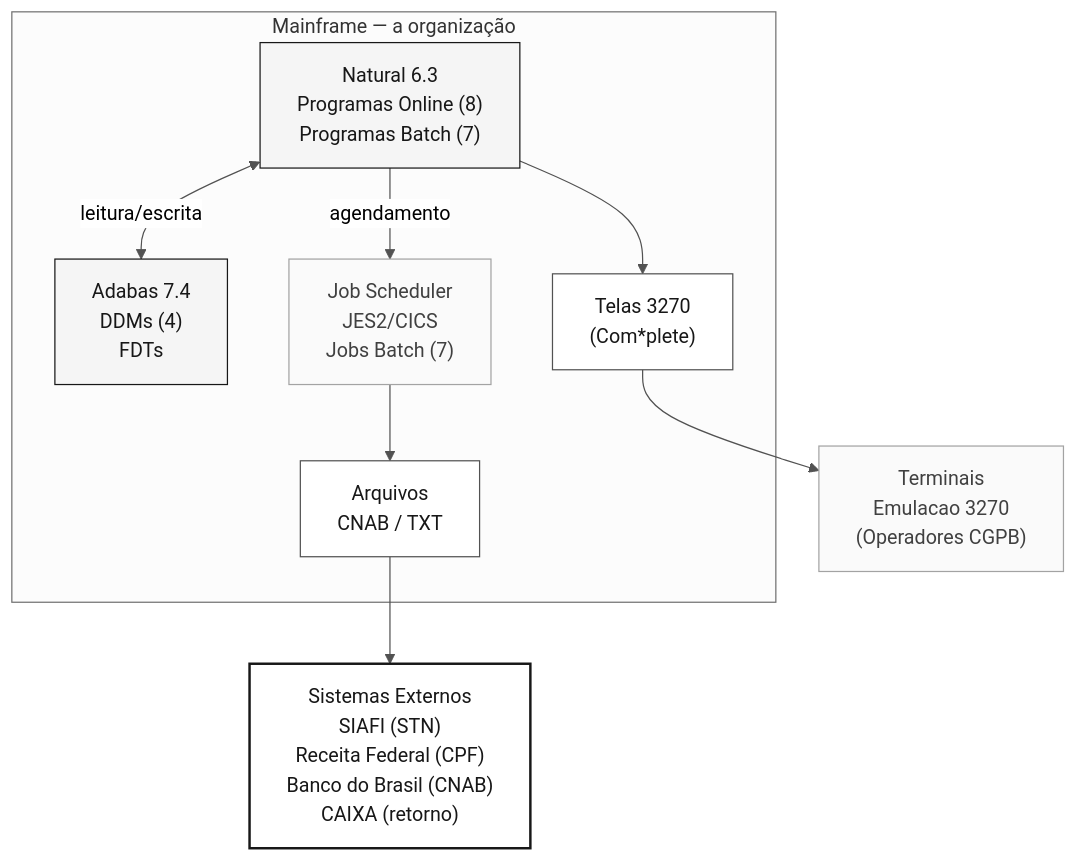
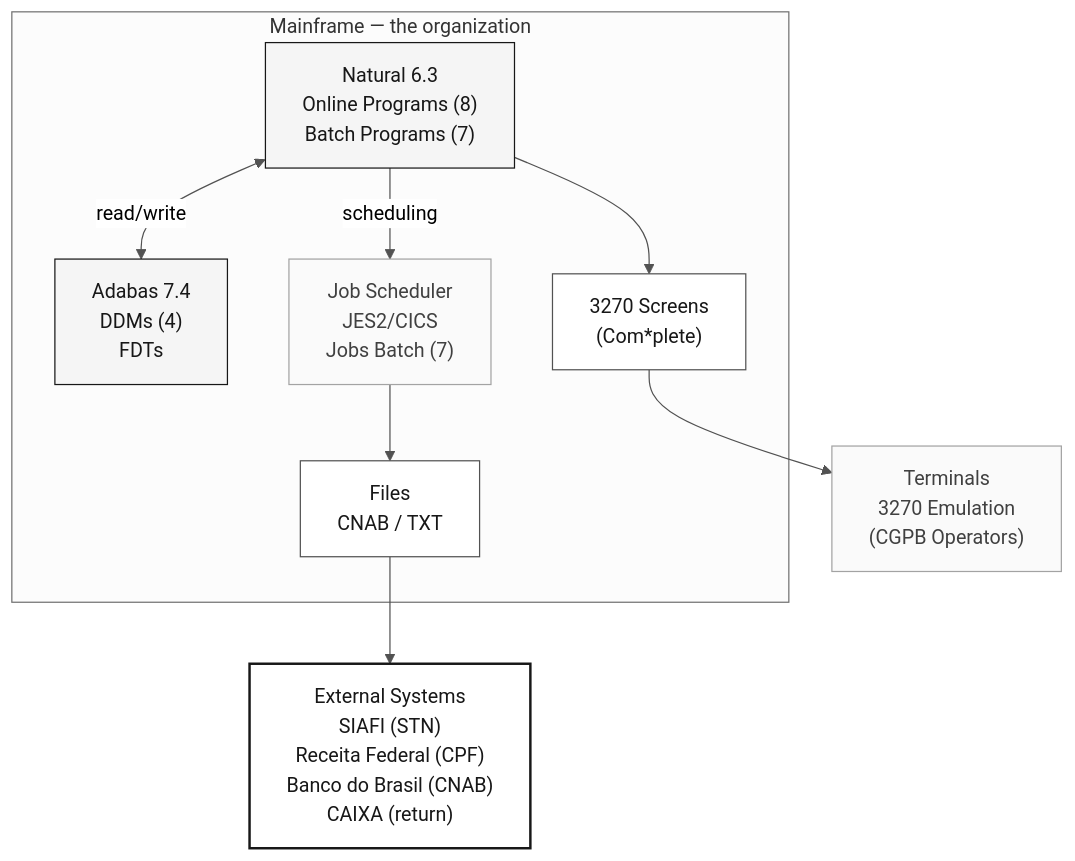
Before and after one commit to paulasilvatech/datacorp-mm-team-kit: the diagram in 01-arqueologia/legado-sifap/README.md, drawn with Mermaid. The commit also changed other lines of this file and 169 other files, not shown here.

````diff
--- a/01-arqueologia/legado-sifap/README.md
+++ b/01-arqueologia/legado-sifap/README.md
@@ -97,21 +95,21 @@
 ```mermaid
 %%{init: {'theme':'neutral','themeVariables':{'fontFamily':'ui-sans-serif, system-ui, sans-serif','primaryColor':'#F5F5F5','primaryTextColor':'#171717','primaryBorderColor':'#171717','lineColor':'#525252','secondaryColor':'#FFFFFF','tertiaryColor':'#FAFAFA','background':'#FFFFFF'}}}%%
 flowchart TB
     classDef step fill:#F5F5F5,stroke:#171717,color:#171717
     classDef alt fill:#FFFFFF,stroke:#525252,color:#171717
     classDef muted fill:#FAFAFA,stroke:#A3A3A3,color:#404040
     classDef result fill:#FFFFFF,stroke:#171717,color:#171717,stroke-width:2px
 
-    subgraph MF["Mainframe — a organização"]
-        NAT["Natural 6.3<br/>Programas Online (8)<br/>Programas Batch (7)"]:::step
+    subgraph MF["Mainframe — the organization"]
+        NAT["Natural 6.3<br/>Online Programs (8)<br/>Batch Programs (7)"]:::step
         ADA["Adabas 7.4<br/>DDMs (4)<br/>FDTs"]:::step
         JES["Job Scheduler<br/>JES2/CICS<br/>Jobs Batch (7)"]:::muted
-        NAT <-->|"leitura/escrita"| ADA
-        NAT -->|"agendamento"| JES
-        NAT --> T3270["Telas 3270<br/>(Com*plete)"]:::alt
-        JES --> ARQ["Arquivos<br/>CNAB / TXT"]:::alt
+        NAT <-->|"read/write"| ADA
+        NAT -->|"scheduling"| JES
+        NAT --> T3270["3270 Screens<br/>(Com*plete)"]:::alt
+        JES --> ARQ["Files<br/>CNAB / TXT"]:::alt
     end
 
-    T3270 --> OP["Terminais<br/>Emulacao 3270<br/>(Operadores CGPB)"]:::muted
-    ARQ --> EXT["Sistemas Externos<br/>SIAFI (STN)<br/>Receita Federal (CPF)<br/>Banco do Brasil (CNAB)<br/>CAIXA (retorno)"]:::result
+    T3270 --> OP["Terminals<br/>3270 Emulation<br/>(CGPB Operators)"]:::muted
+    ARQ --> EXT["External Systems<br/>SIAFI (STN)<br/>Receita Federal (CPF)<br/>Banco do Brasil (CNAB)<br/>CAIXA (return)"]:::result
 ```
````
